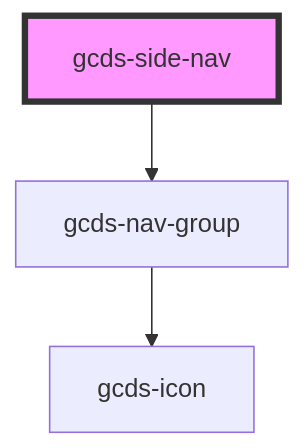
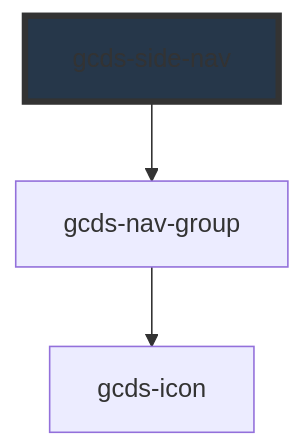
One commit to cds-snc/gcds-components changed the diagram in packages/web/src/components/gcds-side-nav/readme.md. Above: the diagram before and after it, drawn with Mermaid. The commit also changed other lines of this file and 16 other files, not shown here.

````diff
--- a/packages/web/src/components/gcds-side-nav/readme.md
+++ b/packages/web/src/components/gcds-side-nav/readme.md
@@ -68,6 +75,6 @@
 ```mermaid
 graph TD;
   gcds-side-nav --> gcds-nav-group
   gcds-nav-group --> gcds-icon
-  style gcds-side-nav fill:#f9f,stroke:#333,stroke-width:4px
+  style gcds-side-nav fill:#26374a,stroke:#333,stroke-width:4px
 ```
````
